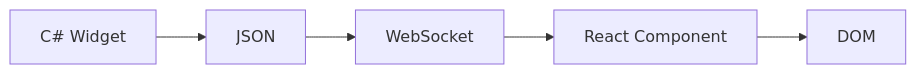
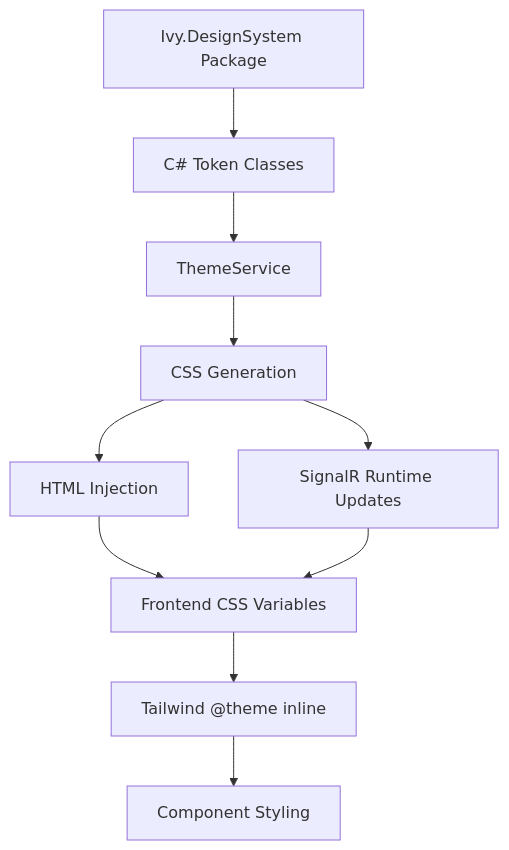
The diagram in Ivy.Docs.Shared/Docs/01_Onboarding/01_GettingStarted/05_Architecture/01_FrameworkDesign.md (Ivy-Interactive/Ivy-Framework), drawn with Mermaid before and after one commit. The commit also changed other lines of this file and 1 other file, not shown here.

````diff
--- a/Ivy.Docs.Shared/Docs/01_Onboarding/01_GettingStarted/05_Architecture/01_FrameworkDesign.md
+++ b/Ivy.Docs.Shared/Docs/01_Onboarding/01_GettingStarted/05_Architecture/01_FrameworkDesign.md
@@ -152,7 +22,12 @@
 ```mermaid
-graph LR
-    A["C# Widget"] --> B["JSON"]
-    B --> C["WebSocket"]
-    C --> D["React Component"]
-    D --> E["DOM"]
+graph TD
+    A["Ivy.DesignSystem Package"] --> B["C# Token Classes"]
+    B --> C["ThemeService"]
+    C --> D["CSS Generation"]
+    D --> E["HTML Injection"]
+    D --> F["SignalR Runtime Updates"]
+    E --> G["Frontend CSS Variables"]
+    F --> G
+    G --> H["Tailwind @theme inline"]
+    H --> I["Component Styling"]
 ```
````
